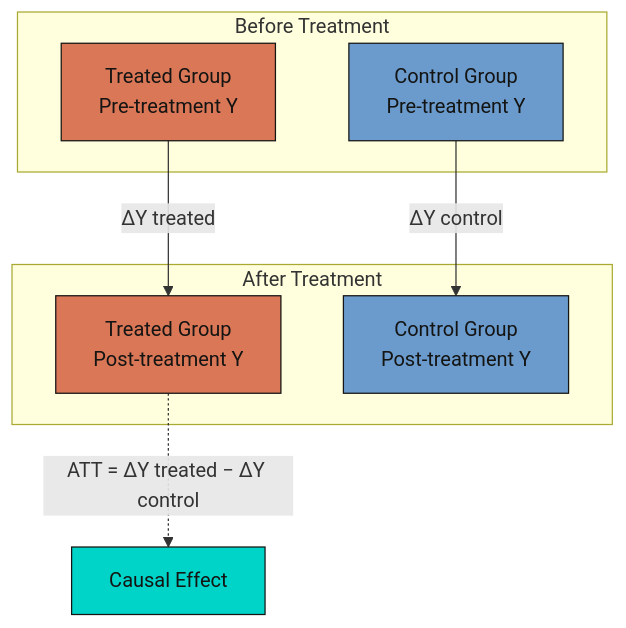
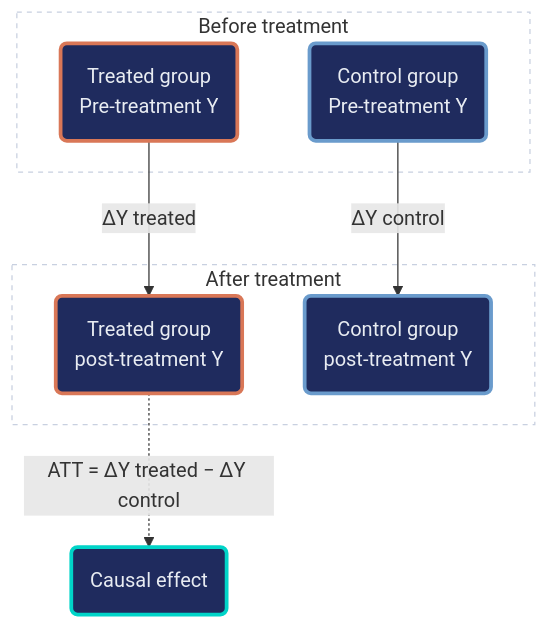
The diagram in content/post/r_did/index.md (cmg777/starter-academic-v501), drawn with Mermaid before and after one commit. The commit also changed 13 other files, not shown here.

First line of the commit message:
content(mermaid): restyle flowcharts in R posts

````diff
--- a/content/post/r_did/index.md
+++ b/content/post/r_did/index.md
@@ -329,19 +329,22 @@
 ```mermaid
 graph TD
-    subgraph "Before Treatment"
-        A["Treated Group<br/>Pre-treatment Y"]
-        B["Control Group<br/>Pre-treatment Y"]
+    subgraph SG1["Before treatment"]
+        A("Treated group<br/>Pre-treatment Y")
+        B("Control group<br/>Pre-treatment Y")
     end
-    subgraph "After Treatment"
-        C["Treated Group<br/>Post-treatment Y"]
-        D["Control Group<br/>Post-treatment Y"]
+    subgraph SG2["After treatment"]
+        C("Treated group<br/>post-treatment Y")
+        D("Control group<br/>post-treatment Y")
     end
     A -->|"ΔY treated"| C
     B -->|"ΔY control"| D
-    C -.->|"ATT = ΔY treated − ΔY control"| E["Causal Effect"]
-    style A fill:#d97757,stroke:#141413,color:#141413
-    style C fill:#d97757,stroke:#141413,color:#141413
-    style B fill:#6a9bcc,stroke:#141413,color:#141413
-    style D fill:#6a9bcc,stroke:#141413,color:#141413
-    style E fill:#00d4c8,stroke:#141413,color:#141413
+    C -.->|"ATT = ΔY treated − ΔY control"| E("Causal effect")
+    style SG1 fill:none,stroke:#c8d0e0,stroke-width:1px,stroke-dasharray:4 4
+    style SG2 fill:none,stroke:#c8d0e0,stroke-width:1px,stroke-dasharray:4 4
+    classDef orange fill:#1f2b5e,stroke:#d97757,stroke-width:3px,color:#e8ecf2
+    classDef blue fill:#1f2b5e,stroke:#6a9bcc,stroke-width:3px,color:#e8ecf2
+    classDef teal fill:#1f2b5e,stroke:#00d4c8,stroke-width:3px,color:#e8ecf2
+    class A,C orange
+    class B,D blue
+    class E teal
 ```
````
